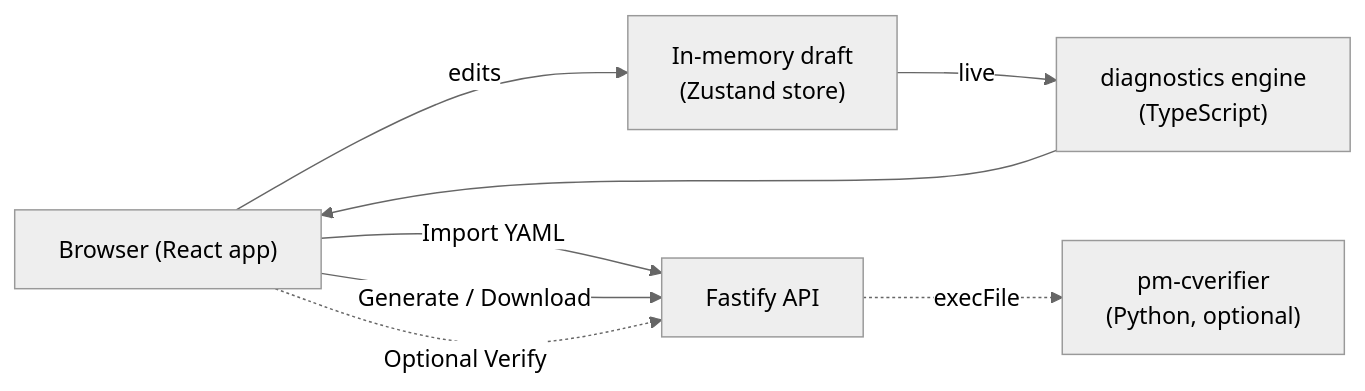
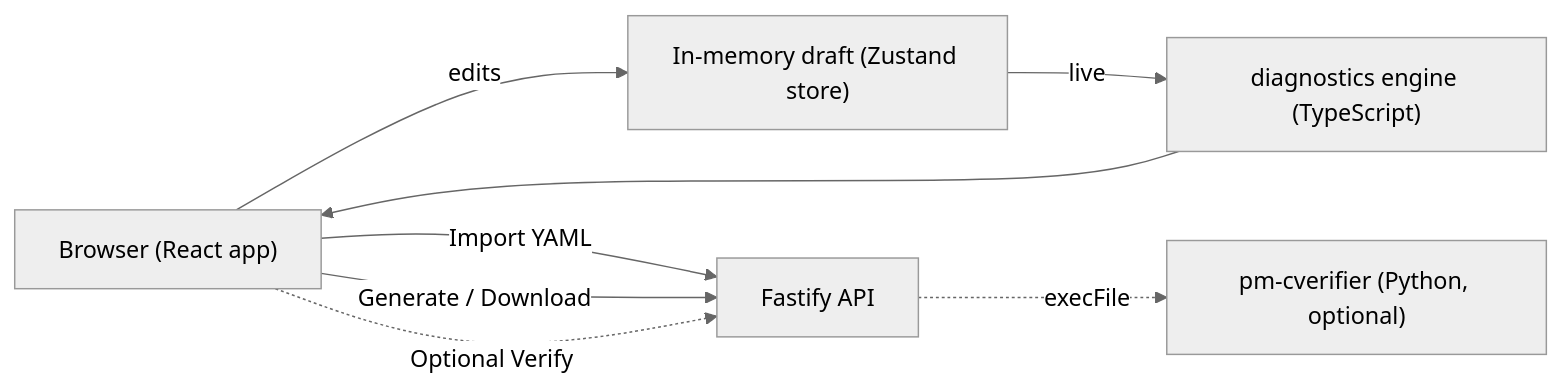
One commit to johan162/EduMatcher changed the diagram in docs/user-guide/27-config-GUI.md. Above: the diagram before and after it, drawn with Mermaid (neutral theme). The commit also changed other lines of this file, not shown here.

````diff
--- a/docs/user-guide/27-config-GUI.md
+++ b/docs/user-guide/27-config-GUI.md
@@ -419,10 +850,10 @@
 ```mermaid
 flowchart LR
-    U["Browser (React app)"] -->|edits| S["In-memory draft\n(Zustand store)"]
-    S -->|live| D["diagnostics engine\n(TypeScript)"]
+    U["Browser (React app)"] -->|edits| S["In-memory draft (Zustand store)"]
+    S -->|live| D["diagnostics engine (TypeScript)"]
     D --> U
     U -->|Import YAML| API["Fastify API"]
     U -->|Generate / Download| API
     U -. "Optional Verify" .-> API
-    API -. "execFile" .-> PY["pm-cverifier\n(Python, optional)"]
+    API -. "execFile" .-> PY["pm-cverifier (Python, optional)"]
 ```
````
